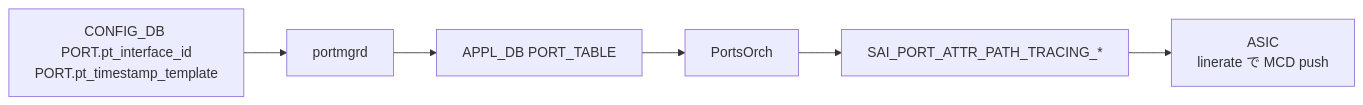
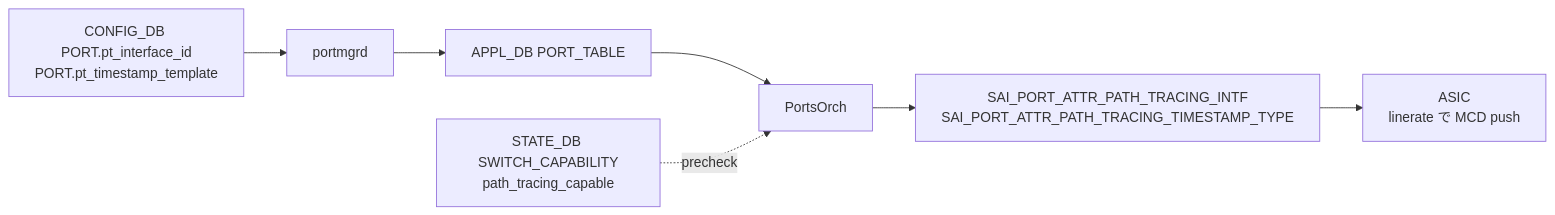
Before and after one commit to aoki-taquan/sonic-unofficial-docs: the diagram in docs/routing/path-tracing-midpoint.md, drawn with Mermaid. The commit also changed other lines of this file and 18 other files, not shown here.

````diff
--- a/docs/routing/path-tracing-midpoint.md
+++ b/docs/routing/path-tracing-midpoint.md
@@ -103,8 +124,9 @@
 ```mermaid
 flowchart LR
   CFG[CONFIG_DB PORT.pt_interface_id<br/>PORT.pt_timestamp_template] --> PMG[portmgrd]
   PMG --> APPL[APPL_DB PORT_TABLE]
   APPL --> ORCH[PortsOrch]
-  ORCH --> SAI[SAI_PORT_ATTR_PATH_TRACING_*]
+  ORCH --> SAI[SAI_PORT_ATTR_PATH_TRACING_INTF<br/>SAI_PORT_ATTR_PATH_TRACING_TIMESTAMP_TYPE]
   SAI --> ASIC[ASIC<br/>linerate で MCD push]
+  CAP[STATE_DB SWITCH_CAPABILITY<br/>path_tracing_capable] -.precheck.-> ORCH
 ```
````
